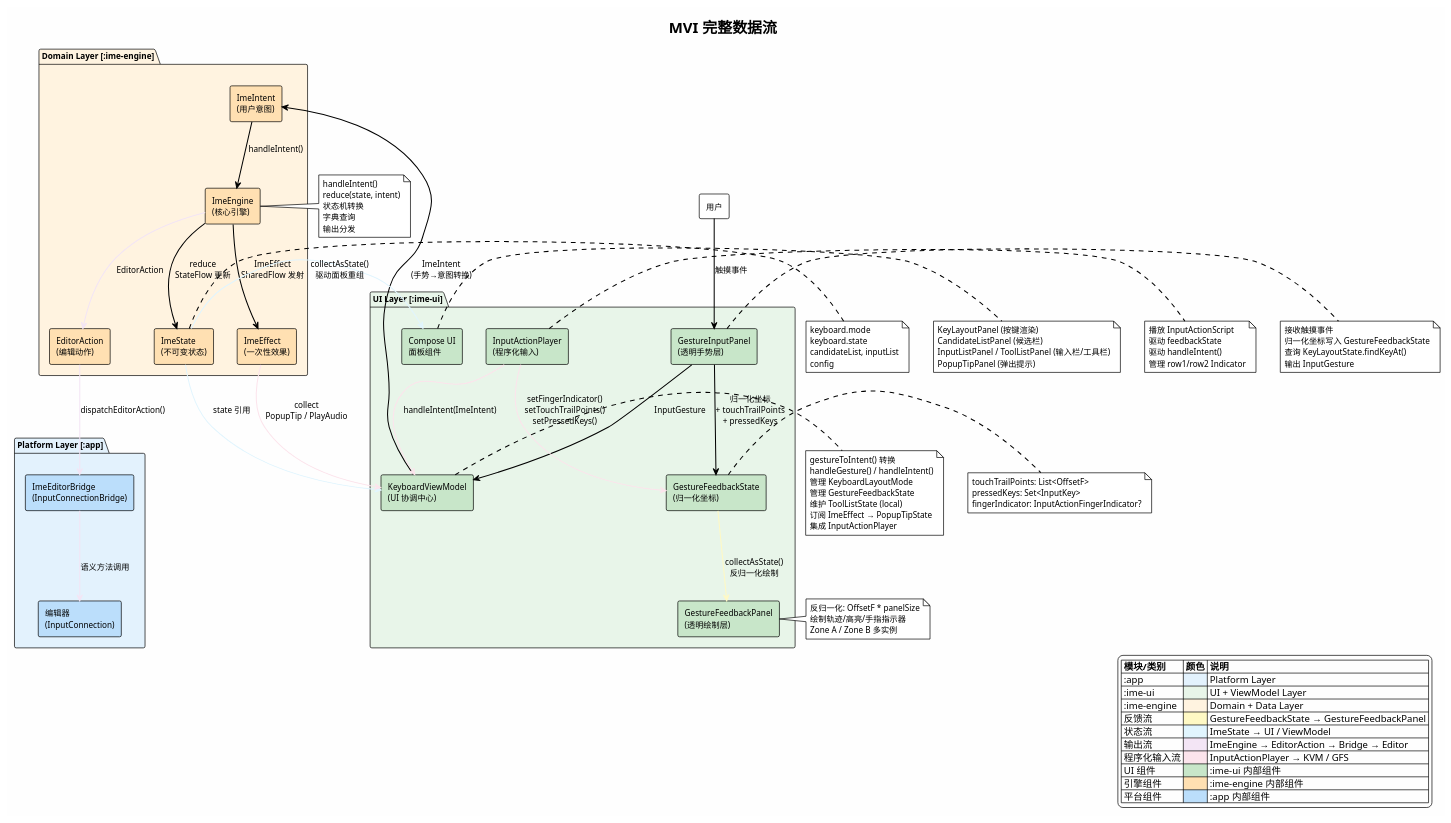
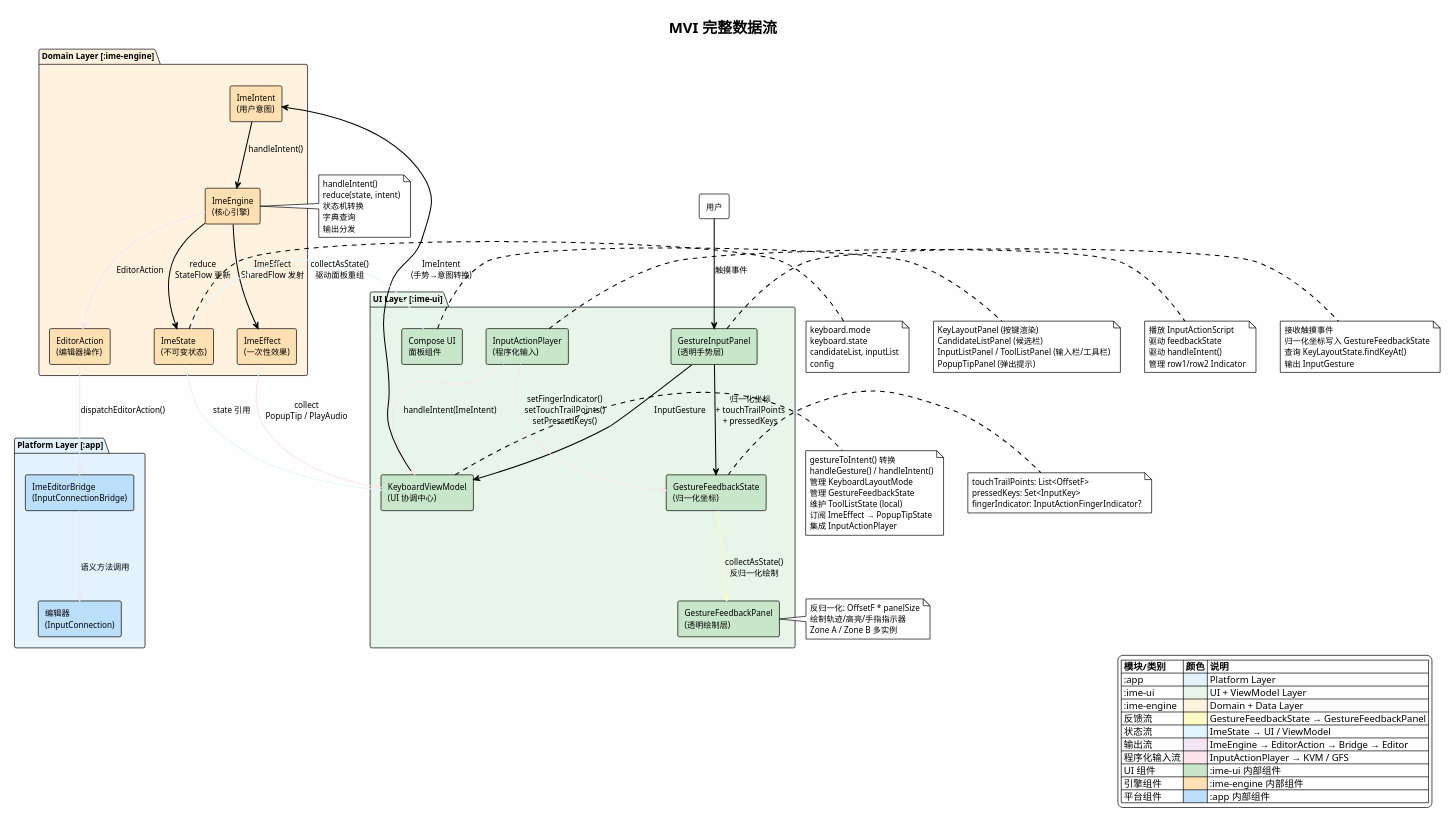
Before and after one commit to crazydan-studio/kuaizi-ime-android: the diagram in docs/ai-agent/v4/design/diagrams/mvi-data-flow.puml, drawn with PlantUML. The commit also changed 12 other files, not shown here.

First line of the commit message:
docs(v4): 统一 EditorAction 中文命名为「编辑器操作」、EditorEditAction 为「编辑器编辑操作」

```diff
--- a/docs/ai-agent/v4/design/diagrams/mvi-data-flow.puml
+++ b/docs/ai-agent/v4/design/diagrams/mvi-data-flow.puml
@@ -1,136 +1,136 @@
 @startuml mvi-data-flow
 allowmixing
 !theme plain
 skinparam backgroundColor #FEFEFE
 skinparam defaultFontSize 12
 skinparam arrowThickness 1.5
 
 title MVI 完整数据流
 
 legend right
   |= 模块/类别 |= 颜色 |= 说明 |
   | :app | <#E3F2FD> | Platform Layer |
   | :ime-ui | <#E8F5E9> | UI + ViewModel Layer |
   | :ime-engine | <#FFF3E0> | Domain + Data Layer |
   | 反馈流 | <#FFF9C4> | GestureFeedbackState → GestureFeedbackPanel |
   | 状态流 | <#E1F5FE> | ImeState → UI / ViewModel |
   | 输出流 | <#F3E5F5> | ImeEngine → EditorAction → Bridge → Editor |
   | 程序化输入流 | <#FCE4EC> | InputActionPlayer → KVM / GFS |
   | UI 组件 | <#C8E6C9> | :ime-ui 内部组件 |
   | 引擎组件 | <#FFE0B2> | :ime-engine 内部组件 |
   | 平台组件 | <#BBDEFB> | :app 内部组件 |
 endlegend
 
 ' ===== 用户手势输入流（主流程） =====
 
 rectangle "用户" as User #FFFFFF
 
 package "UI Layer [:ime-ui]" #E8F5E9 {
   rectangle "GestureInputPanel\n(透明手势层)" as GIP #C8E6C9
   rectangle "KeyboardViewModel\n(UI 协调中心)" as KVM #C8E6C9
   rectangle "GestureFeedbackState\n(归一化坐标)" as GFS #C8E6C9
   rectangle "GestureFeedbackPanel\n(透明绘制层)" as GFP #C8E6C9
   rectangle "Compose UI\n面板组件" as UI #C8E6C9
   rectangle "InputActionPlayer\n(程序化输入)" as IAP #C8E6C9
 }
 
 package "Domain Layer [:ime-engine]" #FFF3E0 {
   rectangle "ImeEngine\n(核心引擎)" as IE #FFE0B2
   rectangle "ImeIntent\n(用户意图)" as II #FFE0B2
   rectangle "ImeState\n(不可变状态)" as IS #FFE0B2
   rectangle "ImeEffect\n(一次性效果)" as IEF #FFE0B2
-  rectangle "EditorAction\n(编辑动作)" as IO #FFE0B2
+  rectangle "EditorAction\n(编辑器操作)" as IO #FFE0B2
 }
 
 package "Platform Layer [:app]" #E3F2FD {
   rectangle "ImeEditorBridge\n(InputConnectionBridge)" as Bridge #BBDEFB
   rectangle "编辑器\n(InputConnection)" as Editor #BBDEFB
 }
 
 ' ===== 用户手势输入流 =====
 User -down-> GIP : 触摸事件
 GIP -down-> GFS : 归一化坐标\n+ touchTrailPoints\n+ pressedKeys
 GIP -down-> KVM : InputGesture
 KVM -down-> II : ImeIntent\n(手势→意图转换)
 II -down-> IE : handleIntent()
 IE -down-> IS : reduce\nStateFlow 更新
 IE -down-> IEF : ImeEffect\nSharedFlow 发射
 
 ' ===== 反馈流 =====
 GFS -[#FFF9C4]-> GFP : collectAsState()\n反归一化绘制
 
 ' ===== 状态流 =====
 IS -[#E1F5FE]-> UI : collectAsState()\n驱动面板重组
 IS -[#E1F5FE]-> KVM : state 引用
 
 ' ===== 效果流 =====
 IEF -[#FCE4EC]-> KVM : collect\nPopupTip / PlayAudio
 
 ' ===== 输出流 =====
 IE -[#F3E5F5]-> IO : EditorAction
 IO -[#F3E5F5]-> Bridge : dispatchEditorAction()
 Bridge -[#F3E5F5]-> Editor : 语义方法调用
 
 ' ===== 程序化输入流 =====
 IAP -[#FCE4EC]-> KVM : handleIntent(ImeIntent)
 IAP -[#FCE4EC]-> GFS : setFingerIndicator()\nsetTouchTrailPoints()\nsetPressedKeys()
 
 note right of GIP
   接收触摸事件
   归一化坐标写入 GestureFeedbackState
   查询 KeyLayoutState.findKeyAt()
   输出 InputGesture
 end note
 
 note right of KVM
   gestureToIntent() 转换
   handleGesture() / handleIntent()
   管理 KeyboardLayoutMode
   管理 GestureFeedbackState
   维护 ToolListState (local)
   订阅 ImeEffect → PopupTipState
   集成 InputActionPlayer
 end note
 
 note right of GFS
   touchTrailPoints: List<OffsetF>
   pressedKeys: Set<InputKey>
   fingerIndicator: InputActionFingerIndicator?
 end note
 
 note right of GFP
   反归一化: OffsetF * panelSize
   绘制轨迹/高亮/手指指示器
   Zone A / Zone B 多实例
 end note
 
 note right of UI
   KeyLayoutPanel (按键渲染)
   CandidateListPanel (候选栏)
   InputListPanel / ToolListPanel (输入栏/工具栏)
   PopupTipPanel (弹出提示)
 end note
 
 note right of IAP
   播放 InputActionScript
   驱动 feedbackState
   驱动 handleIntent()
   管理 row1/row2 Indicator
 end note
 
 note right of IE
   handleIntent()
   reduce(state, intent)
   状态机转换
   字典查询
   输出分发
 end note
 
 note right of IS
   keyboard.mode
   keyboard.state
   candidateList, inputList
   config
 end note
 
 @enduml
```
